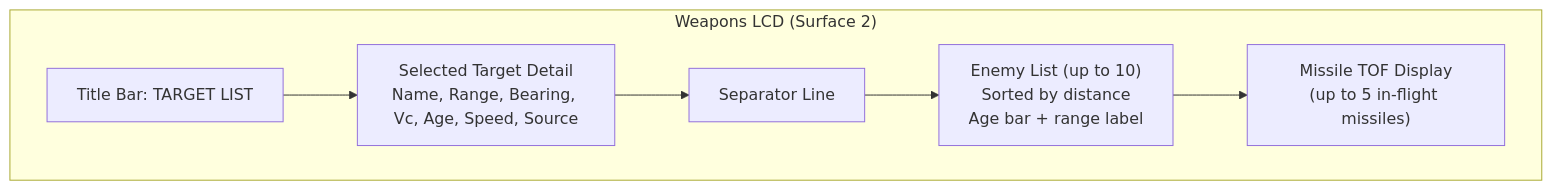
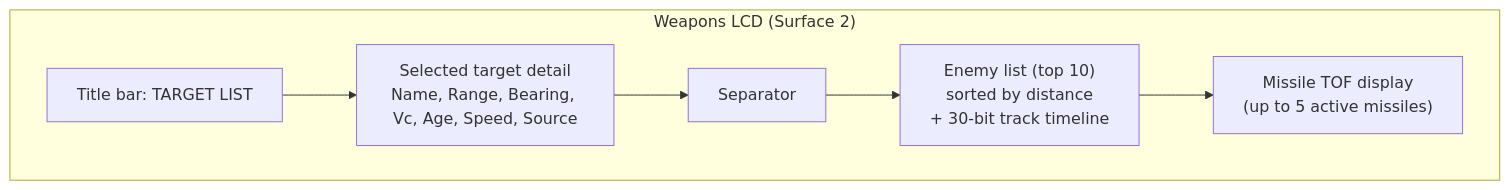
One commit to Terilia/JetOS changed the eighth of 9 diagrams in docs/hud-rendering.md. Above: the diagram before and after it, drawn with Mermaid. The commit also changed other lines of this file and 23 other files, not shown here.

````diff
--- a/docs/hud-rendering.md
+++ b/docs/hud-rendering.md
@@ -239,12 +290,12 @@
 ```mermaid
 flowchart TD
-    subgraph Screen ["Weapons LCD (Surface 2)"]
-        TITLE["Title Bar: TARGET LIST"]
-        DETAIL["Selected Target Detail\nName, Range, Bearing, Vc, Age, Speed, Source"]
-        SEP["Separator Line"]
-        LIST["Enemy List (up to 10)\nSorted by distance\nAge bar + range label"]
-        TOF["Missile TOF Display\n(up to 5 in-flight missiles)"]
+    subgraph LCD ["Weapons LCD (Surface 2)"]
+        T["Title bar: TARGET LIST"]
+        D["Selected target detail<br/>Name, Range, Bearing, Vc, Age, Speed, Source"]
+        SEP["Separator"]
+        L["Enemy list (top 10)<br/>sorted by distance<br/>+ 30-bit track timeline"]
+        TOF["Missile TOF display<br/>(up to 5 active missiles)"]
     end
 
-    TITLE --> DETAIL --> SEP --> LIST --> TOF
+    T --> D --> SEP --> L --> TOF
 ```
````
